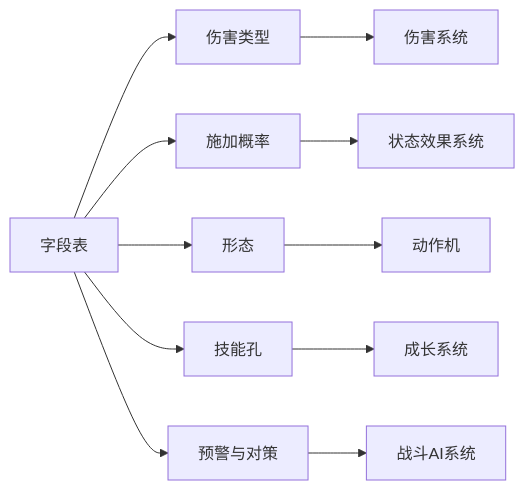
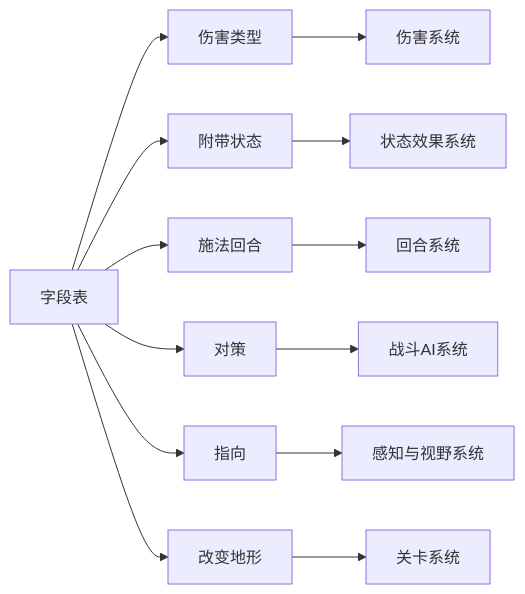
One commit to haohaoxuexiHAOHAO/Tinderhearth-The-Last-Class-Docs changed the diagram in design/技能系统.md. Above: the diagram before and after it, drawn with Mermaid. The commit also changed other lines of this file and 21 other files, not shown here.

````diff
--- a/design/技能系统.md
+++ b/design/技能系统.md
@@ -84,13 +119,15 @@
 ```mermaid
 flowchart LR
     字段表 --> 伤害类型
-    字段表 --> 施加概率
-    字段表 --> 形态
-    字段表 --> 技能孔
-    字段表 --> 预警与对策
+    字段表 --> 附带状态
+    字段表 --> 施法回合
+    字段表 --> 对策
+    字段表 --> 指向
+    字段表 --> 改变地形
     伤害类型 --> 伤害系统
-    施加概率 --> 状态效果系统
-    形态 --> 动作机
-    技能孔 --> 成长系统
-    预警与对策 --> 战斗AI系统
+    附带状态 --> 状态效果系统
+    施法回合 --> 回合系统
+    对策 --> 战斗AI系统
+    指向 --> 感知与视野系统
+    改变地形 --> 关卡系统
 ```
````
